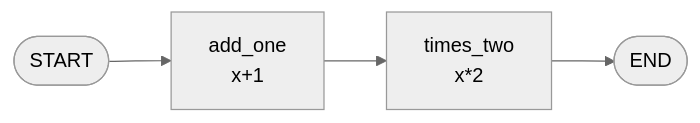
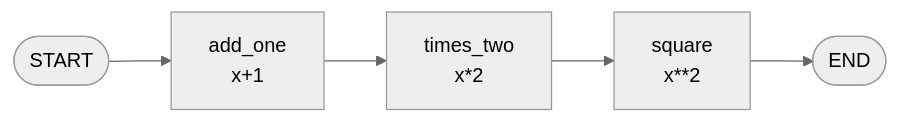
Before and after one commit to wanglh39/langgraph: the fifth of 7 diagrams in docs/stages/stage_1_dag.md, drawn with Mermaid (neutral theme). The commit also changed other lines of this file and 16 other files, not shown here.

````diff
--- a/docs/stages/stage_1_dag.md
+++ b/docs/stages/stage_1_dag.md
@@ -25,6 +771,7 @@
 ```mermaid
 graph LR
-    S([START]) --> A[add_one<br/>x+1]
-    A --> B[times_two<br/>x*2]
-    B --> E([END])
+    S([START]) --> A["add_one<br/>x+1"]
+    A --> B["times_two<br/>x*2"]
+    B --> C["square<br/>x**2"]
+    C --> E([END])
 ```
````
